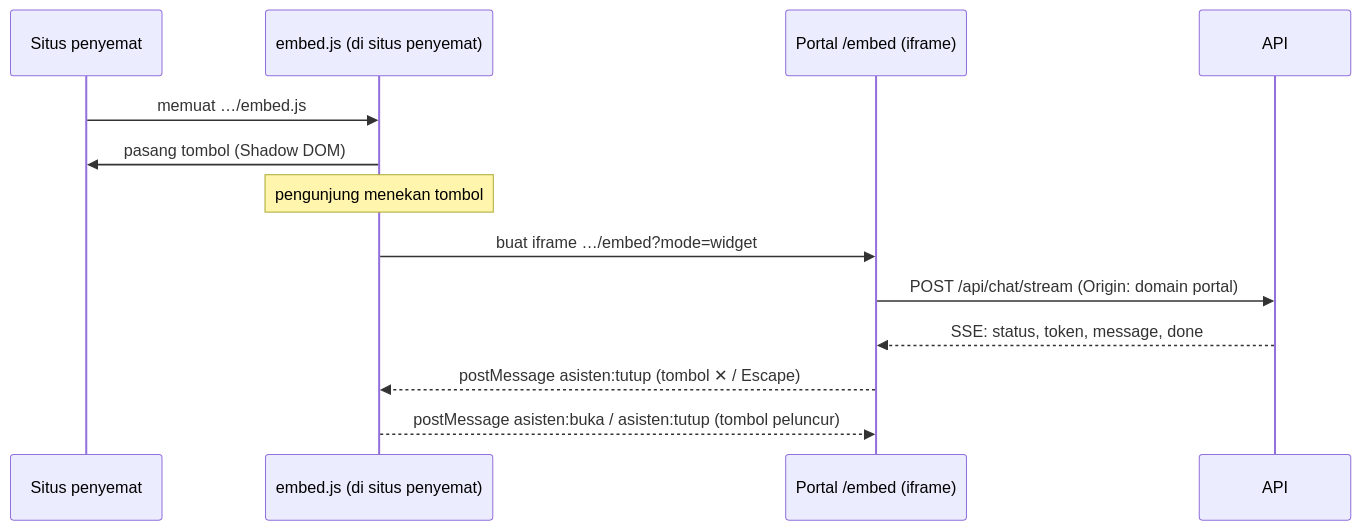
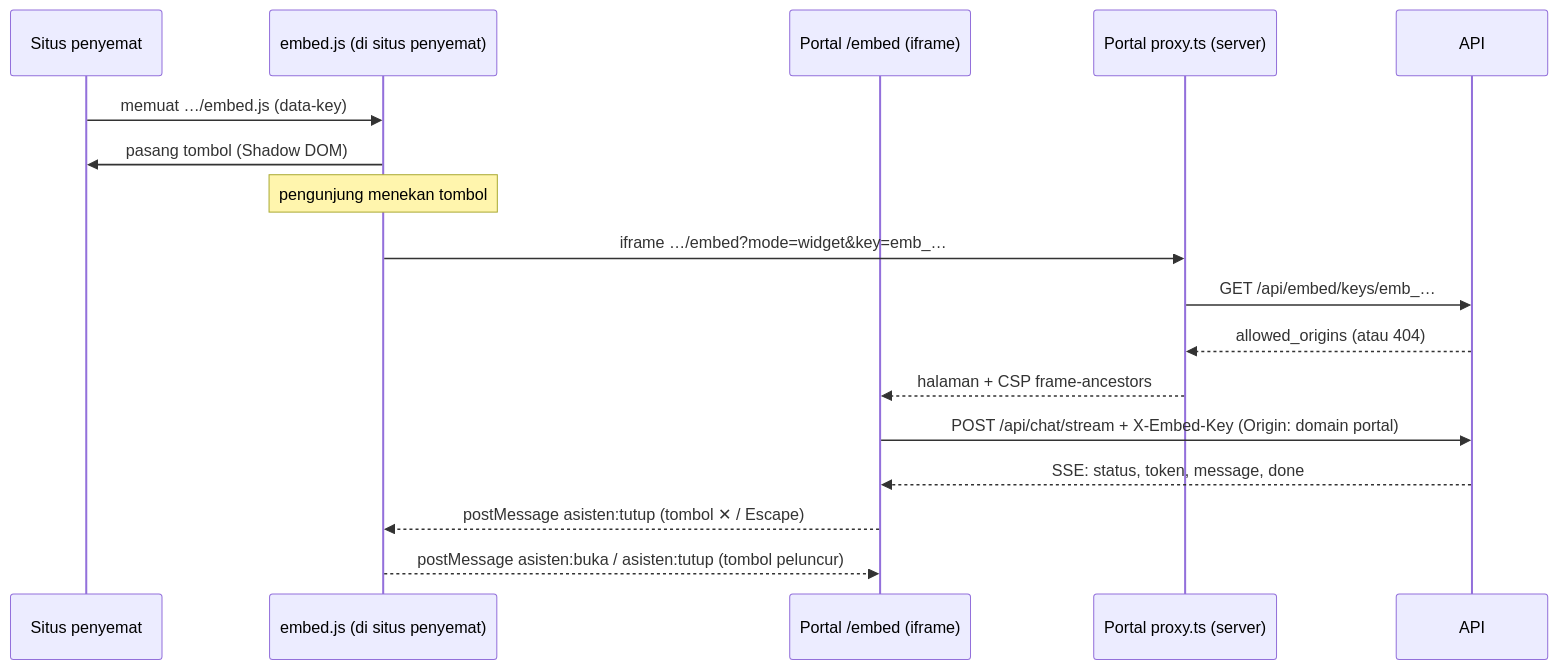
Before and after one commit to yogadwipayana/chatbot-client: the diagram in docs/embed.md, drawn with Mermaid. The commit also changed other lines of this file and 16 other files, not shown here.

````diff
--- a/docs/embed.md
+++ b/docs/embed.md
@@ -78,16 +124,20 @@
 ```mermaid
 sequenceDiagram
     participant S as Situs penyemat
     participant E as embed.js (di situs penyemat)
     participant P as Portal /embed (iframe)
+    participant X as Portal proxy.ts (server)
     participant A as API
 
-    S->>E: memuat …/embed.js
+    S->>E: memuat …/embed.js (data-key)
     E->>S: pasang tombol (Shadow DOM)
     Note over E: pengunjung menekan tombol
-    E->>P: buat iframe …/embed?mode=widget
-    P->>A: POST /api/chat/stream (Origin: domain portal)
+    E->>X: iframe …/embed?mode=widget&key=emb_…
+    X->>A: GET /api/embed/keys/emb_…
+    A-->>X: allowed_origins (atau 404)
+    X-->>P: halaman + CSP frame-ancestors
+    P->>A: POST /api/chat/stream + X-Embed-Key (Origin: domain portal)
     A-->>P: SSE: status, token, message, done
     P-->>E: postMessage asisten:tutup (tombol ✕ / Escape)
     E-->>P: postMessage asisten:buka / asisten:tutup (tombol peluncur)
 ```
````
